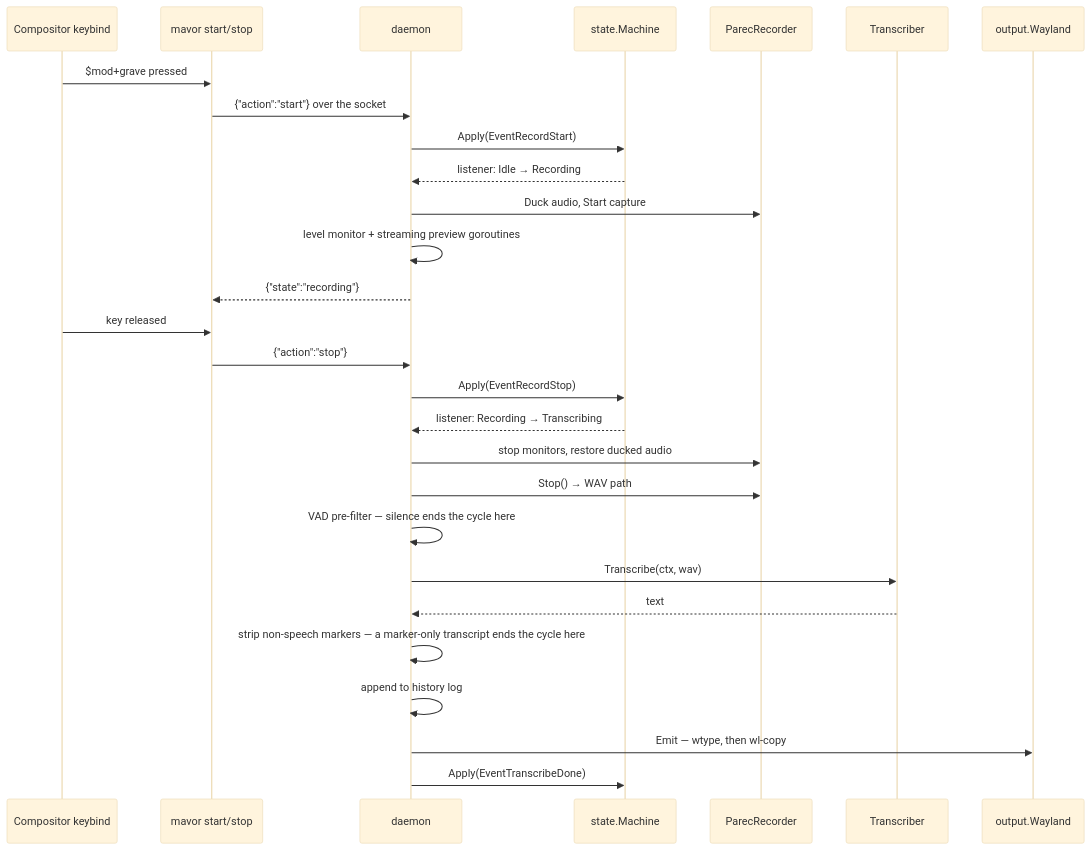
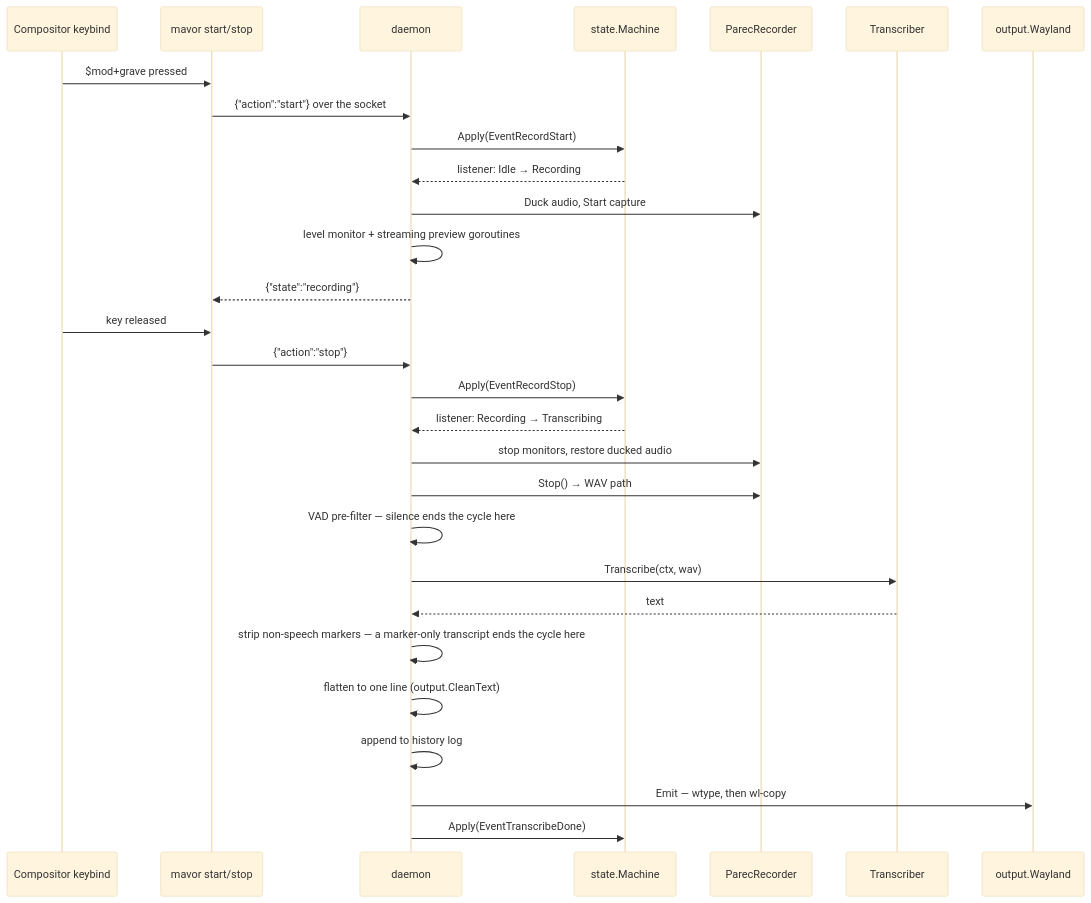
The second of 2 diagrams in docs/reference/how-mavor-works.md (mschulkind-oss/mavor), drawn with Mermaid (base theme) before and after one commit. The commit also changed other lines of this file and 5 other files, not shown here.

````diff
--- a/docs/reference/how-mavor-works.md
+++ b/docs/reference/how-mavor-works.md
@@ -177,31 +177,32 @@
 ```mermaid
 sequenceDiagram
     participant K as Compositor keybind
     participant C as mavor start/stop
     participant D as daemon
     participant M as state.Machine
     participant A as ParecRecorder
     participant S as Transcriber
     participant O as output.Wayland
 
     K->>C: $mod+grave pressed
     C->>D: {"action":"start"} over the socket
     D->>M: Apply(EventRecordStart)
     M-->>D: listener: Idle → Recording
     D->>A: Duck audio, Start capture
     D->>D: level monitor + streaming preview goroutines
     D-->>C: {"state":"recording"}
     K->>C: key released
     C->>D: {"action":"stop"}
     D->>M: Apply(EventRecordStop)
     M-->>D: listener: Recording → Transcribing
     D->>A: stop monitors, restore ducked audio
     D->>A: Stop() → WAV path
     D->>D: VAD pre-filter — silence ends the cycle here
     D->>S: Transcribe(ctx, wav)
     S-->>D: text
     D->>D: strip non-speech markers — a marker-only transcript ends the cycle here
+    D->>D: flatten to one line (output.CleanText)
     D->>D: append to history log
     D->>O: Emit — wtype, then wl-copy
     D->>M: Apply(EventTranscribeDone)
 ```
````
